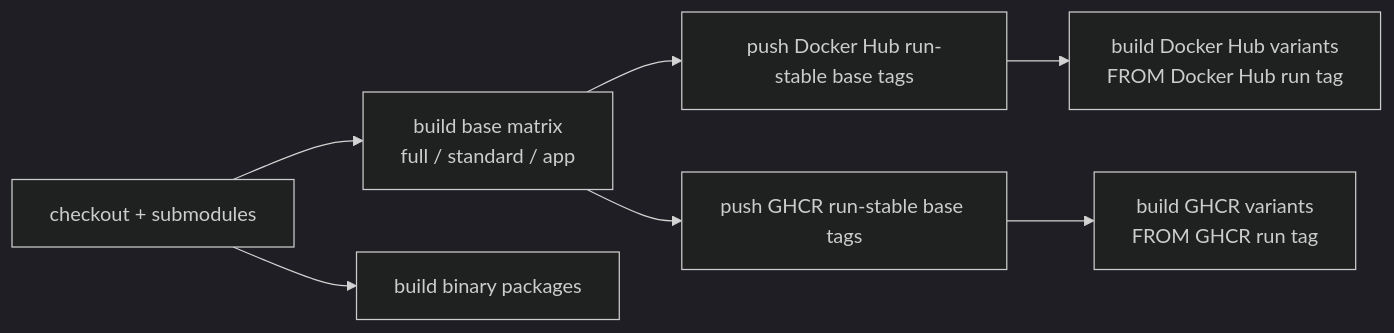
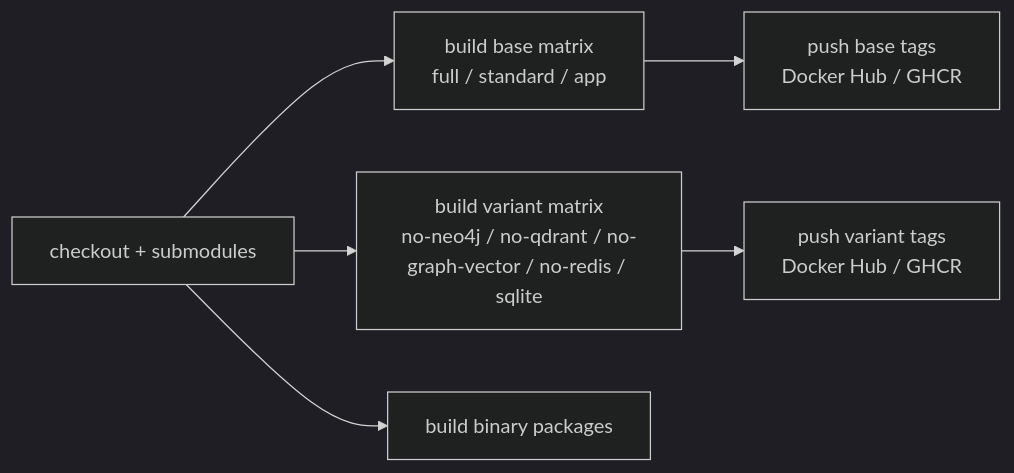
The diagram in docs/deployment_matrix.en.md (spiritLHLS/novelbuilder), drawn with Mermaid (dark theme) before and after one commit. The commit also changed other lines of this file and 26 other files, not shown here.

````diff
--- a/docs/deployment_matrix.en.md
+++ b/docs/deployment_matrix.en.md
@@ -33,9 +33,8 @@
 ```mermaid
 flowchart LR
   Checkout["checkout + submodules"] --> Base["build base matrix<br/>full / standard / app"]
-  Base --> DockerHubBase["push Docker Hub run-stable base tags"]
-  Base --> GHCRBase["push GHCR run-stable base tags"]
-  DockerHubBase --> VariantsHub["build Docker Hub variants<br/>FROM Docker Hub run tag"]
-  GHCRBase --> VariantsGHCR["build GHCR variants<br/>FROM GHCR run tag"]
+  Checkout --> Variants["build variant matrix<br/>no-neo4j / no-qdrant / no-graph-vector / no-redis / sqlite"]
+  Base --> RegistriesBase["push base tags<br/>Docker Hub / GHCR"]
+  Variants --> RegistriesVariants["push variant tags<br/>Docker Hub / GHCR"]
   Checkout --> Binaries["build binary packages"]
 ```
````
